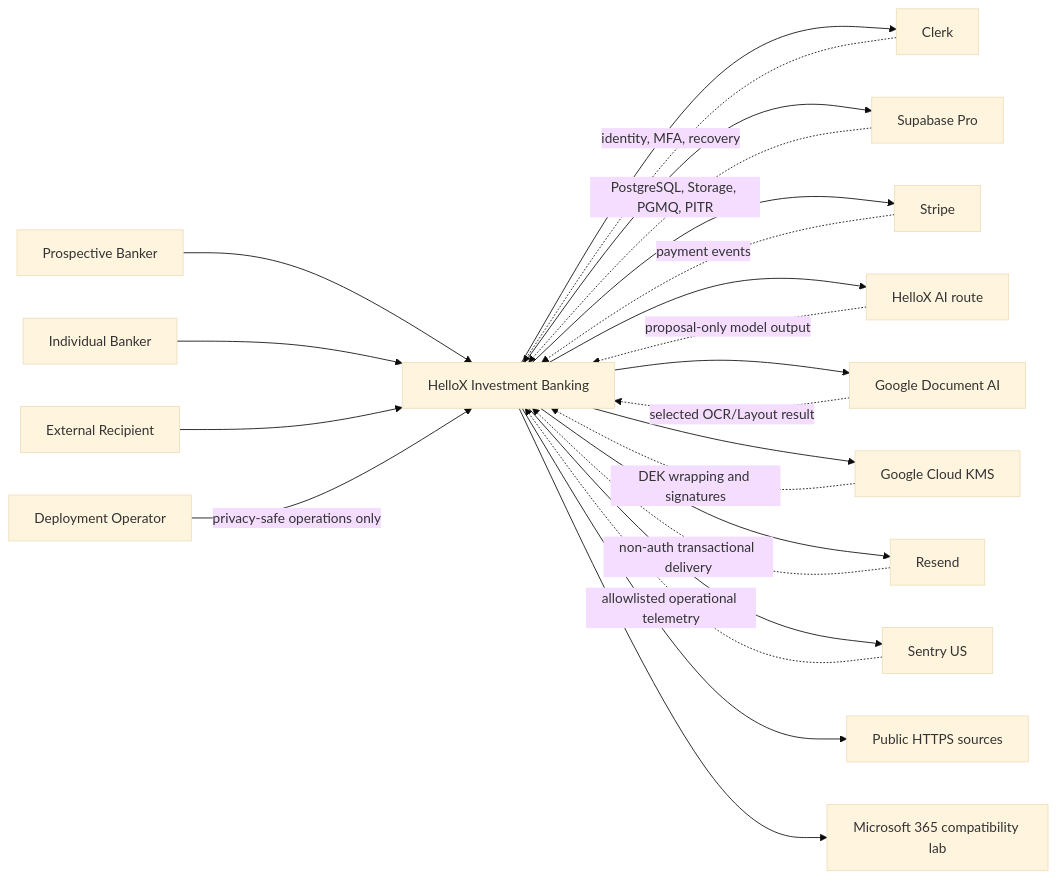
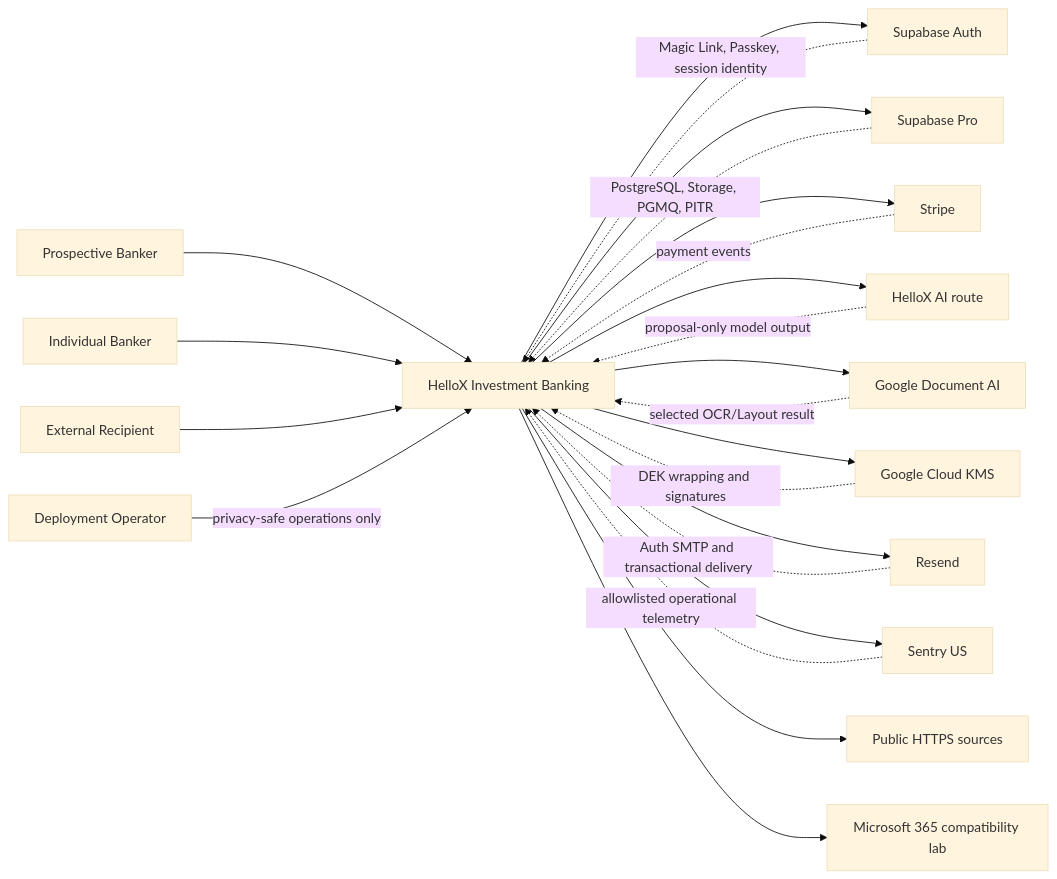
One commit to lucien0229/InvestmentBanking changed the first of 7 diagrams in docs/technical/system-architecture.md. Above: the diagram before and after it, drawn with Mermaid (base theme). The commit also changed other lines of this file and 14 other files, not shown here.

Commit message:
docs: adopt Supabase Auth for V1

```diff
--- a/docs/technical/system-architecture.md
+++ b/docs/technical/system-architecture.md
@@ -85,27 +85,27 @@
 ~~~mermaid
 flowchart LR
     PB["Prospective Banker"] --> HX["HelloX Investment Banking"]
     IB["Individual Banker"] --> HX
     ER["External Recipient"] --> HX
     OP["Deployment Operator"] -->|"privacy-safe operations only"| HX
 
-    HX --> CL["Clerk"]
+    HX --> SA["Supabase Auth"]
     HX --> SB["Supabase Pro"]
     HX --> ST["Stripe"]
     HX --> AI["HelloX AI route"]
     HX --> GD["Google Document AI"]
     HX --> GK["Google Cloud KMS"]
     HX --> RS["Resend"]
     HX --> SE["Sentry US"]
     HX --> PW["Public HTTPS sources"]
     HX --> M3["Microsoft 365 compatibility lab"]
 
-    CL -. "identity, MFA, recovery" .-> HX
+    SA -. "Magic Link, Passkey, session identity" .-> HX
     SB -. "PostgreSQL, Storage, PGMQ, PITR" .-> HX
     ST -. "payment events" .-> HX
     AI -. "proposal-only model output" .-> HX
     GD -. "selected OCR/Layout result" .-> HX
     GK -. "DEK wrapping and signatures" .-> HX
-    RS -. "non-auth transactional delivery" .-> HX
+    RS -. "Auth SMTP and transactional delivery" .-> HX
     SE -. "allowlisted operational telemetry" .-> HX
 ~~~
```
